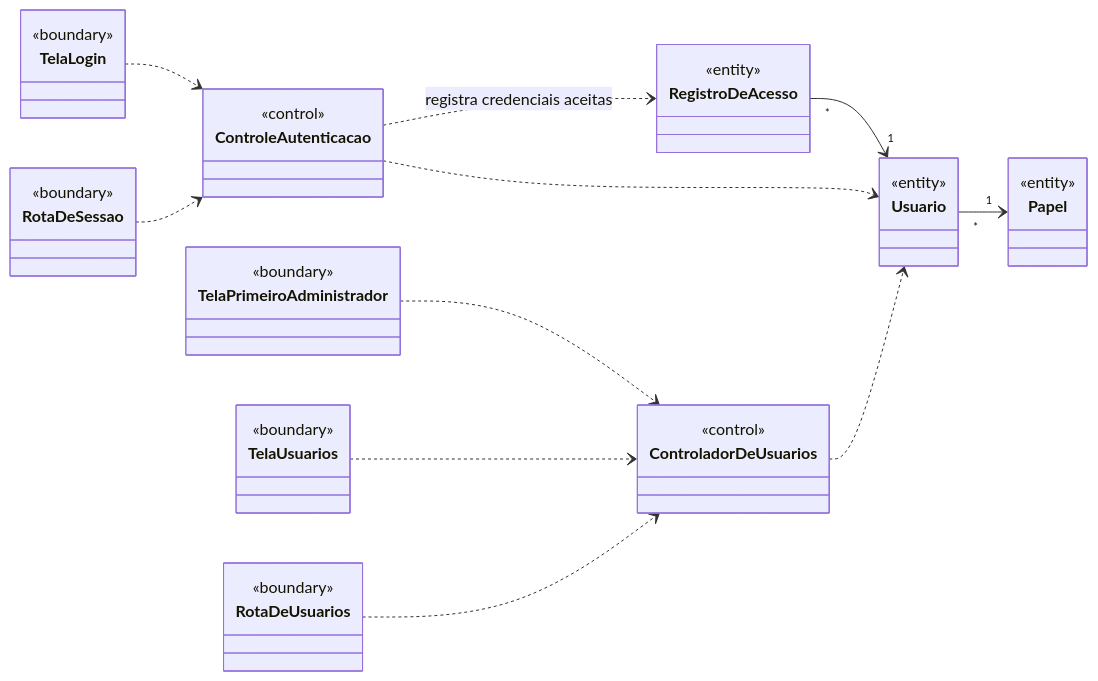
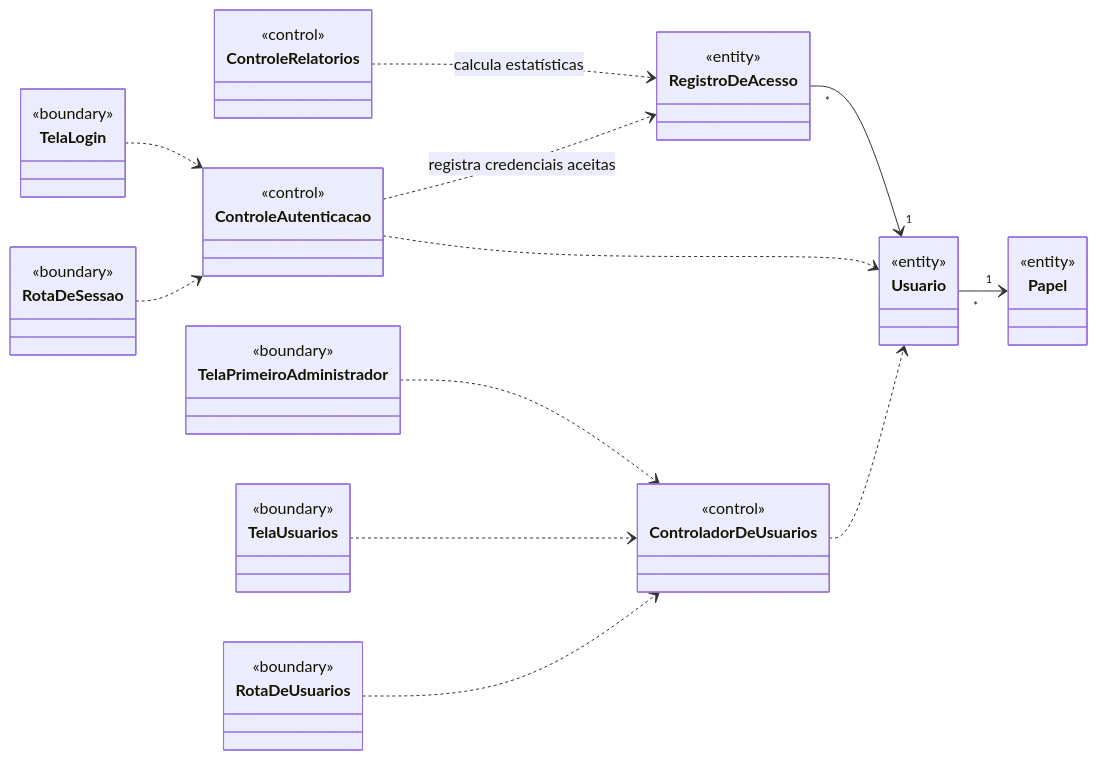
One commit to beatrizmontenegro07/projeto-metodos changed the first of 2 diagrams in docs/05-analise.md. Above: the diagram before and after it, drawn with Mermaid. The commit also changed other lines of this file and 9 other files, not shown here.

````diff
--- a/docs/05-analise.md
+++ b/docs/05-analise.md
@@ -9,29 +9,31 @@
 ```mermaid
 classDiagram
     direction LR
 
     class TelaLogin { <<boundary>> }
     class TelaPrimeiroAdministrador { <<boundary>> }
     class RotaDeSessao { <<boundary>> }
     class TelaUsuarios { <<boundary>> }
     class RotaDeUsuarios { <<boundary>> }
 
     class ControleAutenticacao { <<control>> }
     class ControladorDeUsuarios { <<control>> }
 
     class Usuario { <<entity>> }
     class Papel { <<entity>> }
     class RegistroDeAcesso { <<entity>> }
+    class ControleRelatorios { <<control>> }
+    ControleRelatorios ..> RegistroDeAcesso : calcula estatísticas
     ControleAutenticacao ..> RegistroDeAcesso : registra credenciais aceitas
     RegistroDeAcesso "*" --> "1" Usuario
 
     Usuario "*" --> "1" Papel
 
     TelaLogin ..> ControleAutenticacao
     RotaDeSessao ..> ControleAutenticacao
     TelaPrimeiroAdministrador ..> ControladorDeUsuarios
     TelaUsuarios ..> ControladorDeUsuarios
     RotaDeUsuarios ..> ControladorDeUsuarios
     ControleAutenticacao ..> Usuario
     ControladorDeUsuarios ..> Usuario
 ```
````
